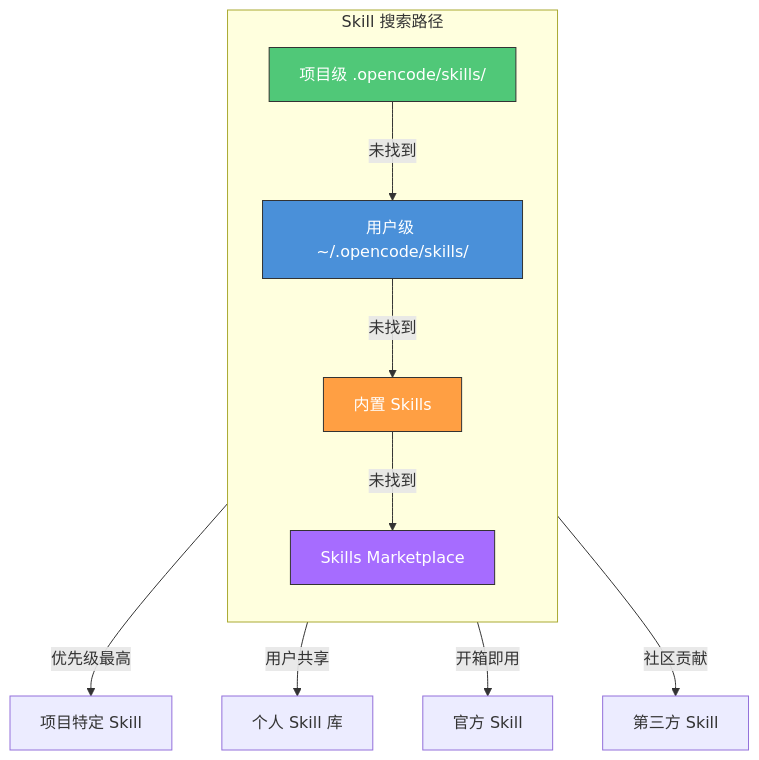
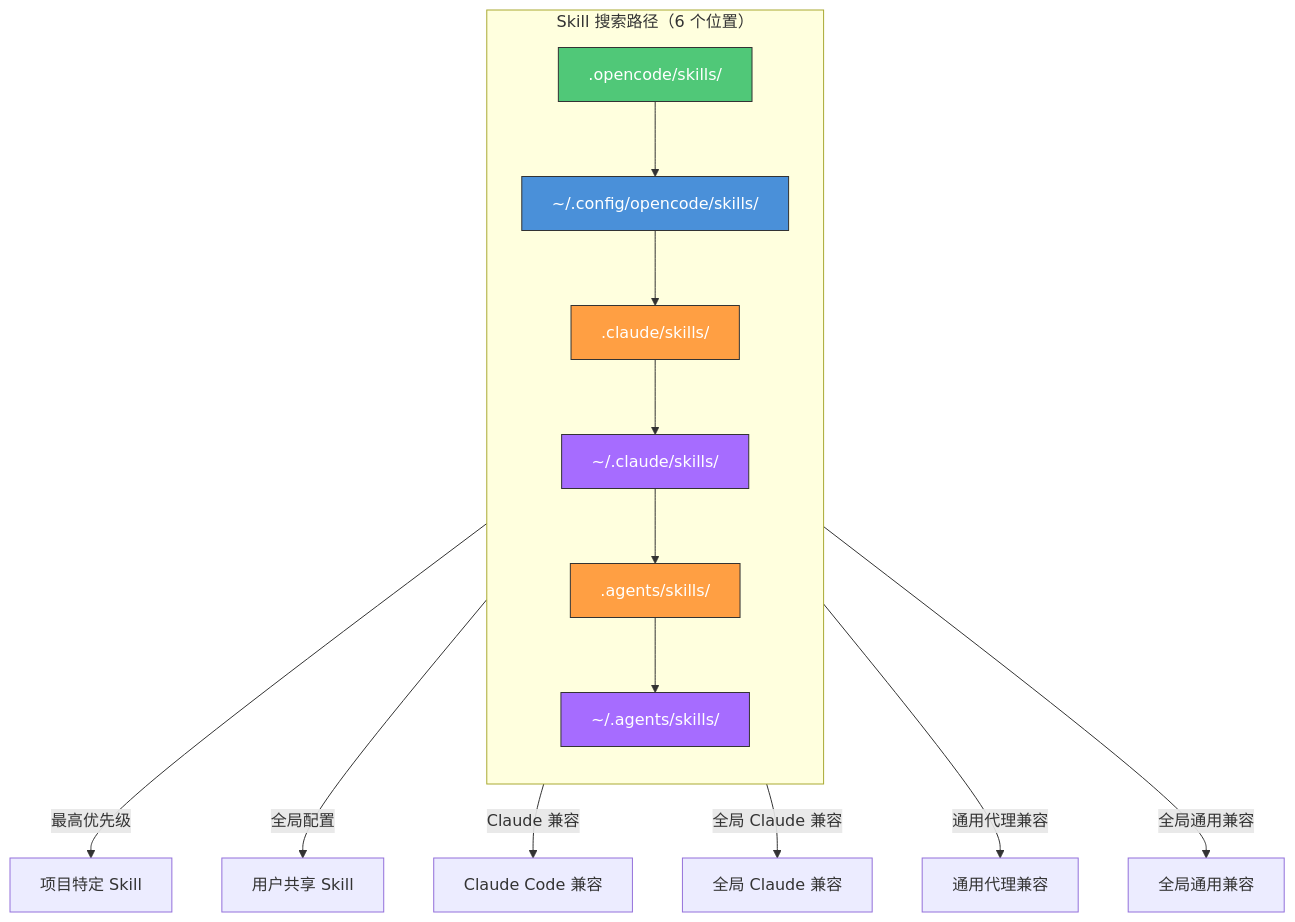
The fourth of 7 diagrams in src/02-core-concepts/skills-system.md (tonydeng/harness-engineering-from-oc-to-ai-coding), drawn with Mermaid before and after one commit. The commit also changed other lines of this file and 141 other files, not shown here.

````diff
--- a/src/02-core-concepts/skills-system.md
+++ b/src/02-core-concepts/skills-system.md
@@ -308,19 +338,25 @@
 ```mermaid
 graph TB
-    subgraph Search[Skill 搜索路径]
+    subgraph Search[Skill 搜索路径（6 个位置）]
         direction TB
-        P1[项目级 .opencode/skills/] --> |"未找到"| P2[用户级 ~/.opencode/skills/]
-        P2 --> |"未找到"| P3[内置 Skills]
-        P3 --> |"未找到"| P4[Skills Marketplace]
+        P1[.opencode/skills/] --> P2[~/.config/opencode/skills/]
+        P2 --> P3[.claude/skills/]
+        P3 --> P4[~/.claude/skills/]
+        P4 --> P5[.agents/skills/]
+        P5 --> P6[~/.agents/skills/]
     end
     
-    P1 --> |"优先级最高"| R1[项目特定 Skill]
-    P2 --> |"用户共享"| R2[个人 Skill 库]
-    P3 --> |"开箱即用"| R3[官方 Skill]
-    P4 --> |"社区贡献"| R4[第三方 Skill]
+    P1 --> |"最高优先级"| R1[项目特定 Skill]
+    P2 --> |"全局配置"| R2[用户共享 Skill]
+    P3 --> |"Claude 兼容"| R3[Claude Code 兼容]
+    P4 --> |"全局 Claude 兼容"| R4[全局 Claude 兼容]
+    P5 --> |"通用代理兼容"| R5[通用代理兼容]
+    P6 --> |"全局通用兼容"| R6[全局通用兼容]
     
     style P1 fill:#50C878,stroke:#333,color:#fff
     style P2 fill:#4A90D9,stroke:#333,color:#fff
     style P3 fill:#FF9F43,stroke:#333,color:#fff
     style P4 fill:#A66CFF,stroke:#333,color:#fff
+    style P5 fill:#FF9F43,stroke:#333,color:#fff
+    style P6 fill:#A66CFF,stroke:#333,color:#fff
 ```
````
